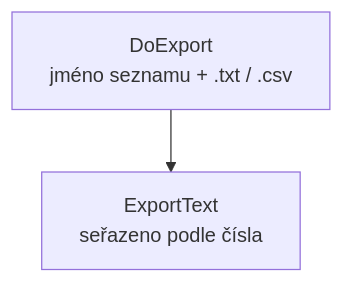
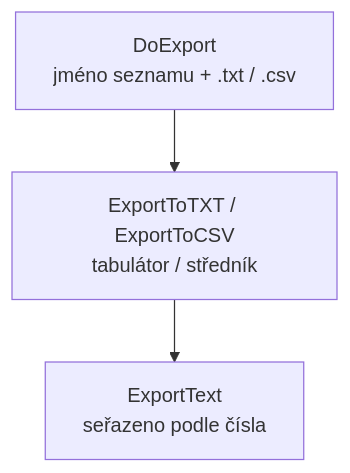
Before and after one commit to kovarmi9/GeoSoft: the fifth of 8 diagrams in docs/seznam-souradnic/prubeh-volani.md, drawn with Mermaid. The commit also changed other lines of this file and 85 other files, not shown here.

````diff
--- a/docs/seznam-souradnic/prubeh-volani.md
+++ b/docs/seznam-souradnic/prubeh-volani.md
@@ -34,4 +35,5 @@
 ```mermaid
 flowchart TB
-  X["DoExport<br>jméno seznamu + .txt / .csv"] --> T["ExportText<br>seřazeno podle čísla"]
+  X["DoExport<br>jméno seznamu + .txt / .csv"] --> E["ExportToTXT / ExportToCSV<br>tabulátor / středník"]
+  E --> T["ExportText<br>seřazeno podle čísla"]
 ```
````
